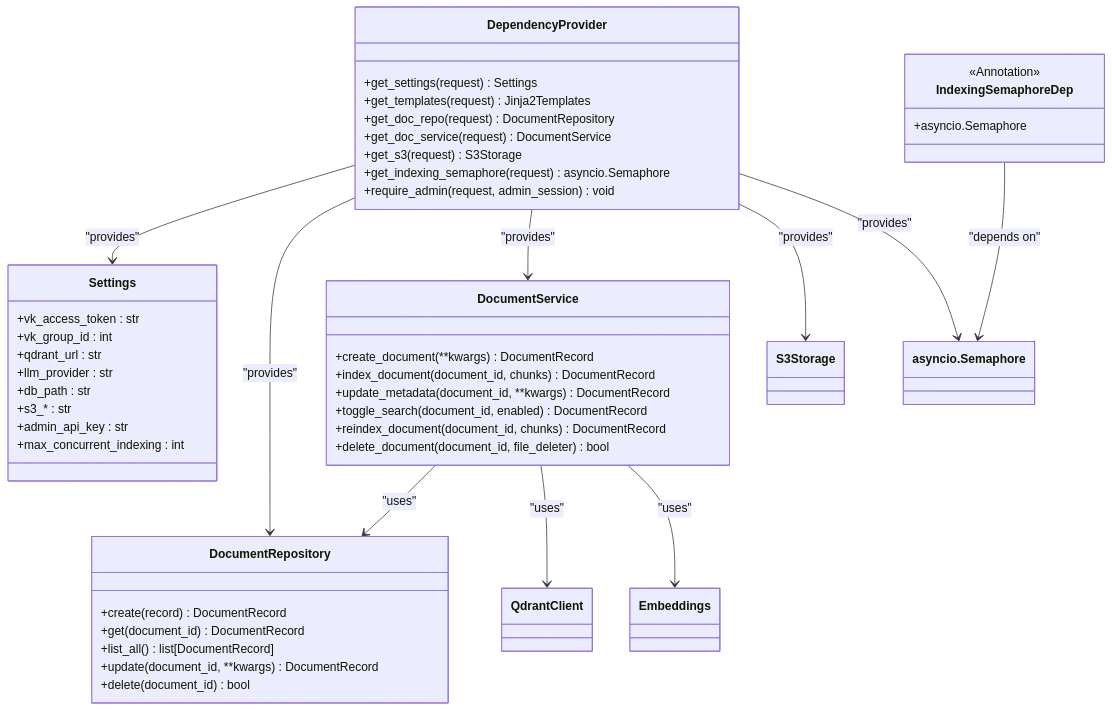
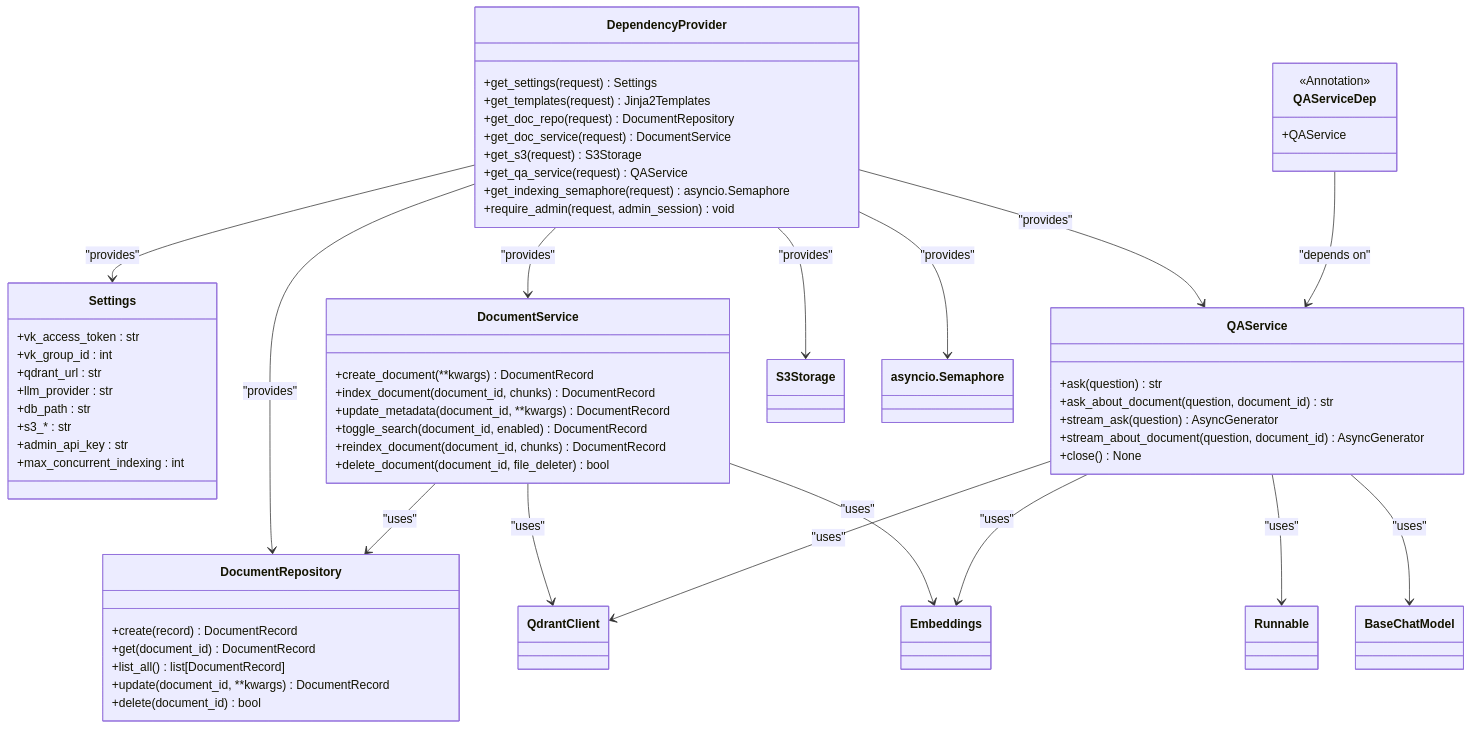
The fourth of 8 diagrams in .qoder/repowiki/en/content/API Reference/Dependency Injection System.md (ognelis/cafetera_hr_bot), drawn with Mermaid before and after one commit. The commit also changed other lines of this file and 29 other files, not shown here.

````diff
--- a/.qoder/repowiki/en/content/API Reference/Dependency Injection System.md
+++ b/.qoder/repowiki/en/content/API Reference/Dependency Injection System.md
@@ -213,50 +231,63 @@
 ```mermaid
 classDiagram
 class DependencyProvider {
 +get_settings(request) Settings
 +get_templates(request) Jinja2Templates
 +get_doc_repo(request) DocumentRepository
 +get_doc_service(request) DocumentService
 +get_s3(request) S3Storage
++get_qa_service(request) QAService
 +get_indexing_semaphore(request) asyncio.Semaphore
 +require_admin(request, admin_session) void
 }
 class Settings {
 +vk_access_token : str
 +vk_group_id : int
 +qdrant_url : str
 +llm_provider : str
 +db_path : str
 +s3_* : str
 +admin_api_key : str
 +max_concurrent_indexing : int
 }
 class DocumentRepository {
 +create(record) DocumentRecord
 +get(document_id) DocumentRecord
 +list_all() list[DocumentRecord]
 +update(document_id, **kwargs) DocumentRecord
 +delete(document_id) bool
 }
 class DocumentService {
 +create_document(**kwargs) DocumentRecord
 +index_document(document_id, chunks) DocumentRecord
 +update_metadata(document_id, **kwargs) DocumentRecord
 +toggle_search(document_id, enabled) DocumentRecord
 +reindex_document(document_id, chunks) DocumentRecord
 +delete_document(document_id, file_deleter) bool
 }
-class IndexingSemaphoreDep {
+class QAService {
++ask(question) str
++ask_about_document(question, document_id) str
++stream_ask(question) AsyncGenerator
++stream_about_document(question, document_id) AsyncGenerator
++close() None
+}
+class QAServiceDep {
 <<Annotation>>
-+asyncio.Semaphore
++QAService
 }
 DependencyProvider --> Settings : "provides"
 DependencyProvider --> DocumentRepository : "provides"
 DependencyProvider --> DocumentService : "provides"
+DependencyProvider --> QAService : "provides"
 DependencyProvider --> S3Storage : "provides"
 DependencyProvider --> asyncio.Semaphore : "provides"
 DocumentService --> DocumentRepository : "uses"
 DocumentService --> QdrantClient : "uses"
 DocumentService --> Embeddings : "uses"
-IndexingSemaphoreDep --> asyncio.Semaphore : "depends on"
+QAService --> QdrantClient : "uses"
+QAService --> Embeddings : "uses"
+QAService --> Runnable : "uses"
+QAService --> BaseChatModel : "uses"
+QAServiceDep --> QAService : "depends on"
 ```
````
